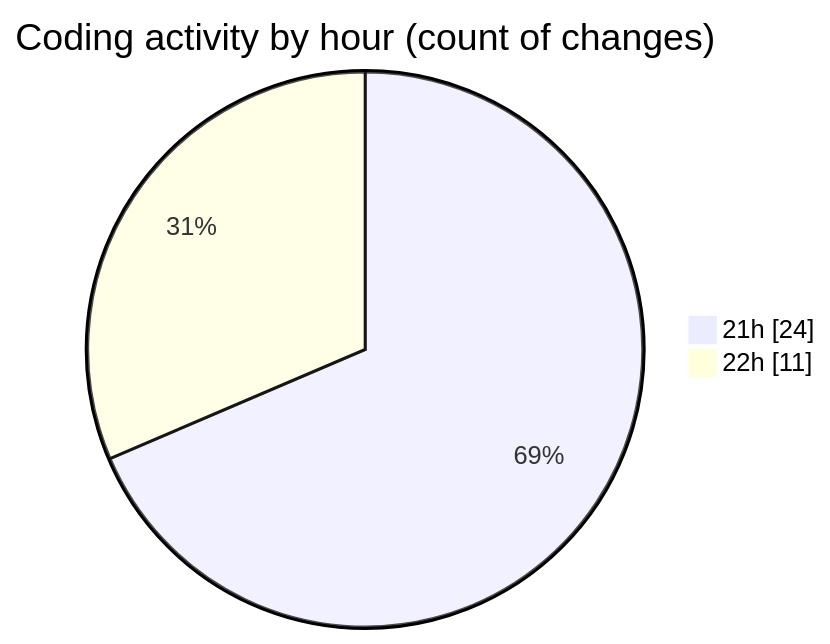
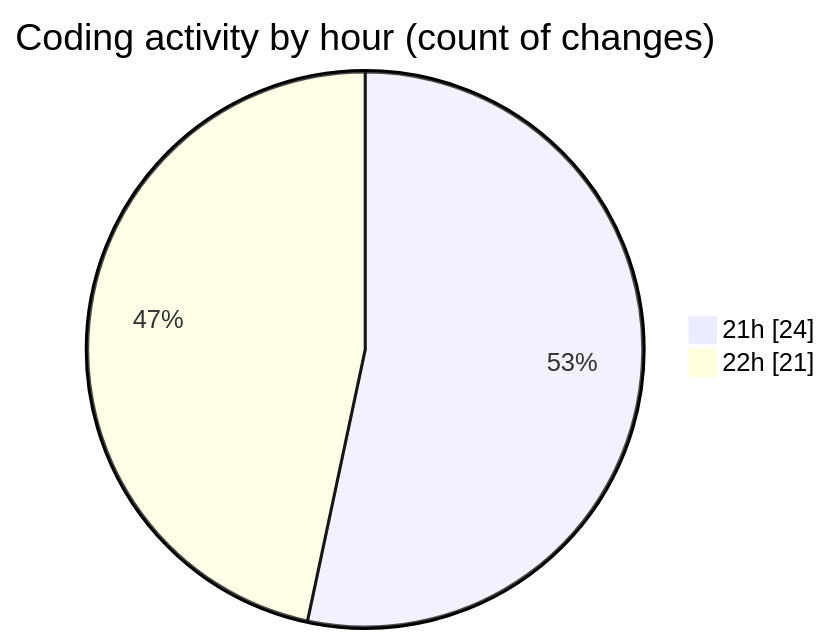
One commit to IJAZ3593/code-tracking changed the second of 2 diagrams in 2025-09-04/tailwind/README.md. Above: the diagram before and after it, drawn with Mermaid. The commit also changed other lines of this file and 1 other file, not shown here.

````diff
--- a/2025-09-04/tailwind/README.md
+++ b/2025-09-04/tailwind/README.md
@@ -36,6 +36,6 @@
 ```mermaid
 pie showData
 title Coding activity by hour (count of changes)
 "21h" : 24
-"22h" : 11
+"22h" : 21
 ```
````
